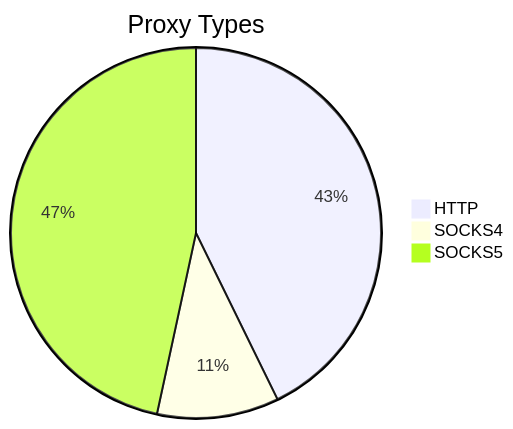
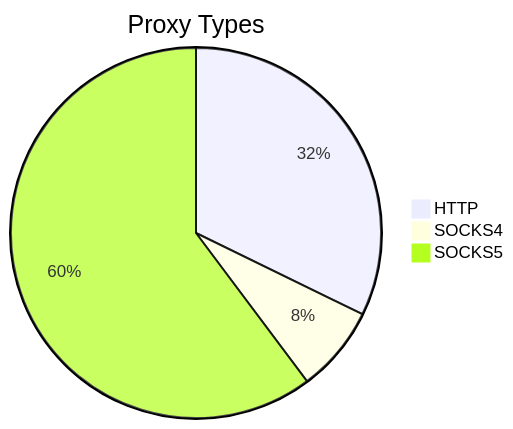
Before and after one commit to stormsia/proxy-list: the first of 2 diagrams in README.md, drawn with Mermaid. The commit also changed other lines of this file, not shown here.

````diff
--- a/README.md
+++ b/README.md
@@ -21,6 +21,6 @@
 ```mermaid
 pie title Proxy Types
-    "HTTP" : 398
-    "SOCKS4" : 99
-    "SOCKS5" : 434
+    "HTTP" : 222
+    "SOCKS4" : 52
+    "SOCKS5" : 415
 ```
````
